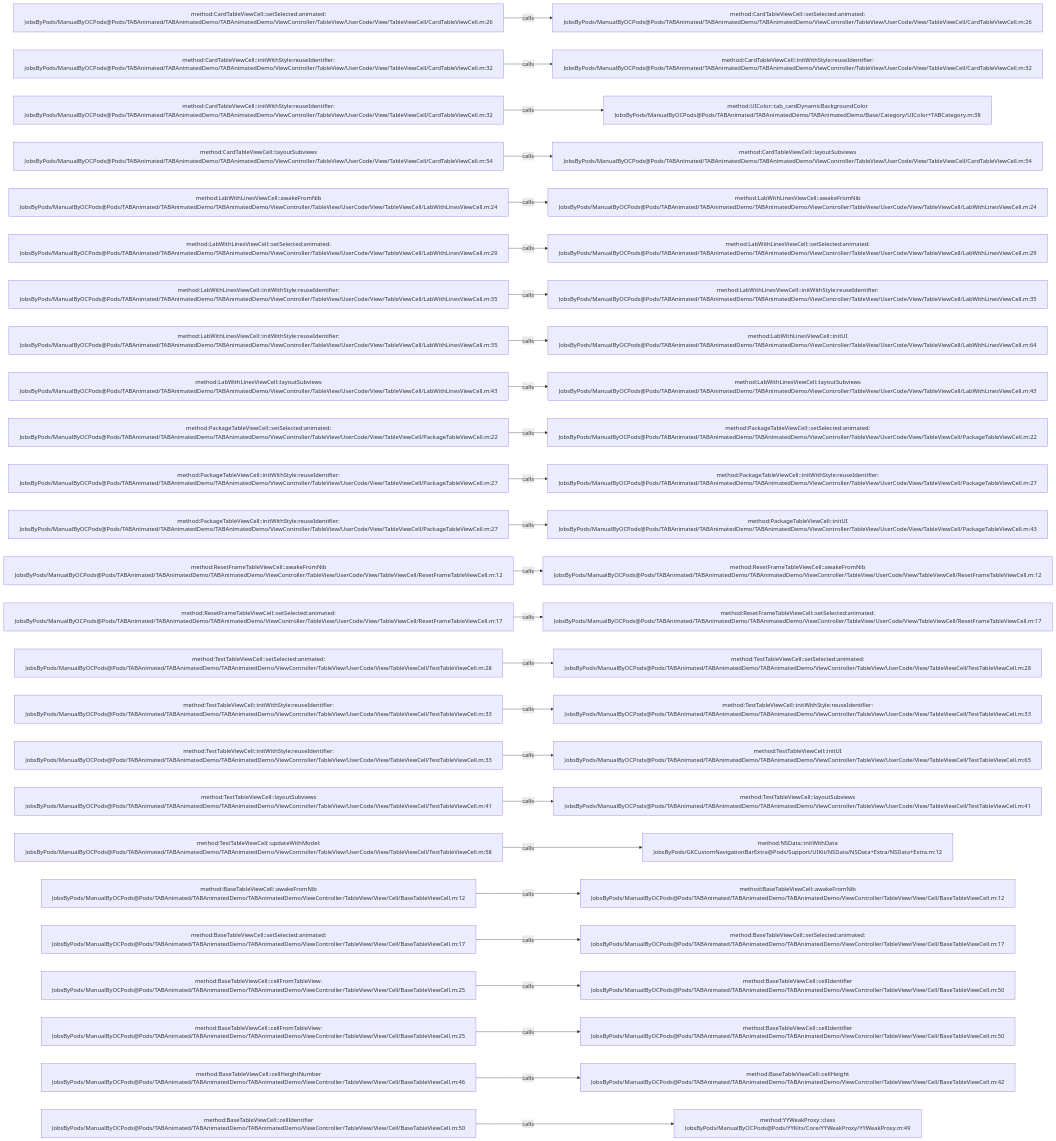
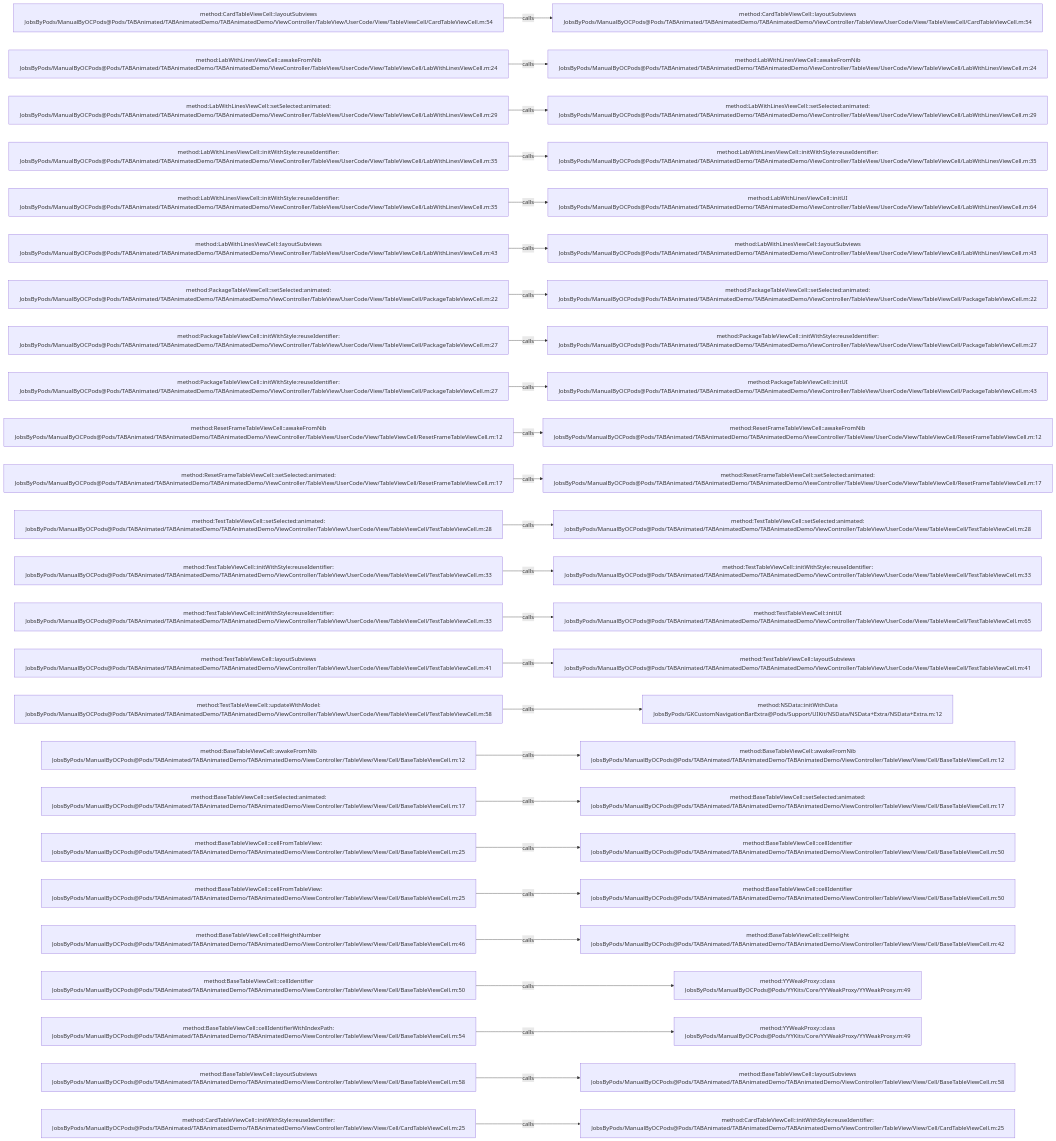
Before and after one commit to JobsKits/JobsOCBaseConfigDemo: the diagram in .codegraph/codegraph.md/graphs/calls-068.md, drawn with Mermaid. The commit also changed 342 other files, not shown here.

````diff
--- a/.codegraph/codegraph.md/graphs/calls-068.md
+++ b/.codegraph/codegraph.md/graphs/calls-068.md
@@ -13,78 +13,78 @@
 ```mermaid
 flowchart LR
-  S1["method:CardTableViewCell::setSelected:animated:<br/>JobsByPods/ManualByOCPods@Pods/TABAnimated/TABAnimatedDemo/TABAnimatedDemo/ViewController/TableView/UserCode/View/TableViewCell/CardTableViewCell.m:26"]
-  T1["method:CardTableViewCell::setSelected:animated:<br/>JobsByPods/ManualByOCPods@Pods/TABAnimated/TABAnimatedDemo/TABAnimatedDemo/ViewController/TableView/UserCode/View/TableViewCell/CardTableViewCell.m:26"]
+  S1["method:CardTableViewCell::layoutSubviews<br/>JobsByPods/ManualByOCPods@Pods/TABAnimated/TABAnimatedDemo/TABAnimatedDemo/ViewController/TableView/UserCode/View/TableViewCell/CardTableViewCell.m:54"]
+  T1["method:CardTableViewCell::layoutSubviews<br/>JobsByPods/ManualByOCPods@Pods/TABAnimated/TABAnimatedDemo/TABAnimatedDemo/ViewController/TableView/UserCode/View/TableViewCell/CardTableViewCell.m:54"]
   S1 -->|calls| T1
-  S2["method:CardTableViewCell::initWithStyle:reuseIdentifier:<br/>JobsByPods/ManualByOCPods@Pods/TABAnimated/TABAnimatedDemo/TABAnimatedDemo/ViewController/TableView/UserCode/View/TableViewCell/CardTableViewCell.m:32"]
-  T2["method:CardTableViewCell::initWithStyle:reuseIdentifier:<br/>JobsByPods/ManualByOCPods@Pods/TABAnimated/TABAnimatedDemo/TABAnimatedDemo/ViewController/TableView/UserCode/View/TableViewCell/CardTableViewCell.m:32"]
+  S2["method:LabWithLinesViewCell::awakeFromNib<br/>JobsByPods/ManualByOCPods@Pods/TABAnimated/TABAnimatedDemo/TABAnimatedDemo/ViewController/TableView/UserCode/View/TableViewCell/LabWithLinesViewCell.m:24"]
+  T2["method:LabWithLinesViewCell::awakeFromNib<br/>JobsByPods/ManualByOCPods@Pods/TABAnimated/TABAnimatedDemo/TABAnimatedDemo/ViewController/TableView/UserCode/View/TableViewCell/LabWithLinesViewCell.m:24"]
   S2 -->|calls| T2
-  S3["method:CardTableViewCell::initWithStyle:reuseIdentifier:<br/>JobsByPods/ManualByOCPods@Pods/TABAnimated/TABAnimatedDemo/TABAnimatedDemo/ViewController/TableView/UserCode/View/TableViewCell/CardTableViewCell.m:32"]
-  T3["method:UIColor::tab_cardDynamicBackgroundColor<br/>JobsByPods/ManualByOCPods@Pods/TABAnimated/TABAnimatedDemo/TABAnimatedDemo/Base/Category/UIColor+TABCategory.m:38"]
+  S3["method:LabWithLinesViewCell::setSelected:animated:<br/>JobsByPods/ManualByOCPods@Pods/TABAnimated/TABAnimatedDemo/TABAnimatedDemo/ViewController/TableView/UserCode/View/TableViewCell/LabWithLinesViewCell.m:29"]
+  T3["method:LabWithLinesViewCell::setSelected:animated:<br/>JobsByPods/ManualByOCPods@Pods/TABAnimated/TABAnimatedDemo/TABAnimatedDemo/ViewController/TableView/UserCode/View/TableViewCell/LabWithLinesViewCell.m:29"]
   S3 -->|calls| T3
-  S4["method:CardTableViewCell::layoutSubviews<br/>JobsByPods/ManualByOCPods@Pods/TABAnimated/TABAnimatedDemo/TABAnimatedDemo/ViewController/TableView/UserCode/View/TableViewCell/CardTableViewCell.m:54"]
-  T4["method:CardTableViewCell::layoutSubviews<br/>JobsByPods/ManualByOCPods@Pods/TABAnimated/TABAnimatedDemo/TABAnimatedDemo/ViewController/TableView/UserCode/View/TableViewCell/CardTableViewCell.m:54"]
+  S4["method:LabWithLinesViewCell::initWithStyle:reuseIdentifier:<br/>JobsByPods/ManualByOCPods@Pods/TABAnimated/TABAnimatedDemo/TABAnimatedDemo/ViewController/TableView/UserCode/View/TableViewCell/LabWithLinesViewCell.m:35"]
+  T4["method:LabWithLinesViewCell::initWithStyle:reuseIdentifier:<br/>JobsByPods/ManualByOCPods@Pods/TABAnimated/TABAnimatedDemo/TABAnimatedDemo/ViewController/TableView/UserCode/View/TableViewCell/LabWithLinesViewCell.m:35"]
   S4 -->|calls| T4
-  S5["method:LabWithLinesViewCell::awakeFromNib<br/>JobsByPods/ManualByOCPods@Pods/TABAnimated/TABAnimatedDemo/TABAnimatedDemo/ViewController/TableView/UserCode/View/TableViewCell/LabWithLinesViewCell.m:24"]
-  T5["method:LabWithLinesViewCell::awakeFromNib<br/>JobsByPods/ManualByOCPods@Pods/TABAnimated/TABAnimatedDemo/TABAnimatedDemo/ViewController/TableView/UserCode/View/TableViewCell/LabWithLinesViewCell.m:24"]
+  S5["method:LabWithLinesViewCell::initWithStyle:reuseIdentifier:<br/>JobsByPods/ManualByOCPods@Pods/TABAnimated/TABAnimatedDemo/TABAnimatedDemo/ViewController/TableView/UserCode/View/TableViewCell/LabWithLinesViewCell.m:35"]
+  T5["method:LabWithLinesViewCell::initUI<br/>JobsByPods/ManualByOCPods@Pods/TABAnimated/TABAnimatedDemo/TABAnimatedDemo/ViewController/TableView/UserCode/View/TableViewCell/LabWithLinesViewCell.m:64"]
   S5 -->|calls| T5
-  S6["method:LabWithLinesViewCell::setSelected:animated:<br/>JobsByPods/ManualByOCPods@Pods/TABAnimated/TABAnimatedDemo/TABAnimatedDemo/ViewController/TableView/UserCode/View/TableViewCell/LabWithLinesViewCell.m:29"]
-  T6["method:LabWithLinesViewCell::setSelected:animated:<br/>JobsByPods/ManualByOCPods@Pods/TABAnimated/TABAnimatedDemo/TABAnimatedDemo/ViewController/TableView/UserCode/View/TableViewCell/LabWithLinesViewCell.m:29"]
+  S6["method:LabWithLinesViewCell::layoutSubviews<br/>JobsByPods/ManualByOCPods@Pods/TABAnimated/TABAnimatedDemo/TABAnimatedDemo/ViewController/TableView/UserCode/View/TableViewCell/LabWithLinesViewCell.m:43"]
+  T6["method:LabWithLinesViewCell::layoutSubviews<br/>JobsByPods/ManualByOCPods@Pods/TABAnimated/TABAnimatedDemo/TABAnimatedDemo/ViewController/TableView/UserCode/View/TableViewCell/LabWithLinesViewCell.m:43"]
   S6 -->|calls| T6
-  S7["method:LabWithLinesViewCell::initWithStyle:reuseIdentifier:<br/>JobsByPods/ManualByOCPods@Pods/TABAnimated/TABAnimatedDemo/TABAnimatedDemo/ViewController/TableView/UserCode/View/TableViewCell/LabWithLinesViewCell.m:35"]
-  T7["method:LabWithLinesViewCell::initWithStyle:reuseIdentifier:<br/>JobsByPods/ManualByOCPods@Pods/TABAnimated/TABAnimatedDemo/TABAnimatedDemo/ViewController/TableView/UserCode/View/TableViewCell/LabWithLinesViewCell.m:35"]
+  S7["method:PackageTableViewCell::setSelected:animated:<br/>JobsByPods/ManualByOCPods@Pods/TABAnimated/TABAnimatedDemo/TABAnimatedDemo/ViewController/TableView/UserCode/View/TableViewCell/PackageTableViewCell.m:22"]
+  T7["method:PackageTableViewCell::setSelected:animated:<br/>JobsByPods/ManualByOCPods@Pods/TABAnimated/TABAnimatedDemo/TABAnimatedDemo/ViewController/TableView/UserCode/View/TableViewCell/PackageTableViewCell.m:22"]
   S7 -->|calls| T7
-  S8["method:LabWithLinesViewCell::initWithStyle:reuseIdentifier:<br/>JobsByPods/ManualByOCPods@Pods/TABAnimated/TABAnimatedDemo/TABAnimatedDemo/ViewController/TableView/UserCode/View/TableViewCell/LabWithLinesViewCell.m:35"]
-  T8["method:LabWithLinesViewCell::initUI<br/>JobsByPods/ManualByOCPods@Pods/TABAnimated/TABAnimatedDemo/TABAnimatedDemo/ViewController/TableView/UserCode/View/TableViewCell/LabWithLinesViewCell.m:64"]
+  S8["method:PackageTableViewCell::initWithStyle:reuseIdentifier:<br/>JobsByPods/ManualByOCPods@Pods/TABAnimated/TABAnimatedDemo/TABAnimatedDemo/ViewController/TableView/UserCode/View/TableViewCell/PackageTableViewCell.m:27"]
+  T8["method:PackageTableViewCell::initWithStyle:reuseIdentifier:<br/>JobsByPods/ManualByOCPods@Pods/TABAnimated/TABAnimatedDemo/TABAnimatedDemo/ViewController/TableView/UserCode/View/TableViewCell/PackageTableViewCell.m:27"]
   S8 -->|calls| T8
-  S9["method:LabWithLinesViewCell::layoutSubviews<br/>JobsByPods/ManualByOCPods@Pods/TABAnimated/TABAnimatedDemo/TABAnimatedDemo/ViewController/TableView/UserCode/View/TableViewCell/LabWithLinesViewCell.m:43"]
-  T9["method:LabWithLinesViewCell::layoutSubviews<br/>JobsByPods/ManualByOCPods@Pods/TABAnimated/TABAnimatedDemo/TABAnimatedDemo/ViewController/TableView/UserCode/View/TableViewCell/LabWithLinesViewCell.m:43"]
+  S9["method:PackageTableViewCell::initWithStyle:reuseIdentifier:<br/>JobsByPods/ManualByOCPods@Pods/TABAnimated/TABAnimatedDemo/TABAnimatedDemo/ViewController/TableView/UserCode/View/TableViewCell/PackageTableViewCell.m:27"]
+  T9["method:PackageTableViewCell::initUI<br/>JobsByPods/ManualByOCPods@Pods/TABAnimated/TABAnimatedDemo/TABAnimatedDemo/ViewController/TableView/UserCode/View/TableViewCell/PackageTableViewCell.m:43"]
   S9 -->|calls| T9
-  S10["method:PackageTableViewCell::setSelected:animated:<br/>JobsByPods/ManualByOCPods@Pods/TABAnimated/TABAnimatedDemo/TABAnimatedDemo/ViewController/TableView/UserCode/View/TableViewCell/PackageTableViewCell.m:22"]
-  T10["method:PackageTableViewCell::setSelected:animated:<br/>JobsByPods/ManualByOCPods@Pods/TABAnimated/TABAnimatedDemo/TABAnimatedDemo/ViewController/TableView/UserCode/View/TableViewCell/PackageTableViewCell.m:22"]
+  S10["method:ResetFrameTableViewCell::awakeFromNib<br/>JobsByPods/ManualByOCPods@Pods/TABAnimated/TABAnimatedDemo/TABAnimatedDemo/ViewController/TableView/UserCode/View/TableViewCell/ResetFrameTableViewCell.m:12"]
+  T10["method:ResetFrameTableViewCell::awakeFromNib<br/>JobsByPods/ManualByOCPods@Pods/TABAnimated/TABAnimatedDemo/TABAnimatedDemo/ViewController/TableView/UserCode/View/TableViewCell/ResetFrameTableViewCell.m:12"]
   S10 -->|calls| T10
-  S11["method:PackageTableViewCell::initWithStyle:reuseIdentifier:<br/>JobsByPods/ManualByOCPods@Pods/TABAnimated/TABAnimatedDemo/TABAnimatedDemo/ViewController/TableView/UserCode/View/TableViewCell/PackageTableViewCell.m:27"]
-  T11["method:PackageTableViewCell::initWithStyle:reuseIdentifier:<br/>JobsByPods/ManualByOCPods@Pods/TABAnimated/TABAnimatedDemo/TABAnimatedDemo/ViewController/TableView/UserCode/View/TableViewCell/PackageTableViewCell.m:27"]
+  S11["method:ResetFrameTableViewCell::setSelected:animated:<br/>JobsByPods/ManualByOCPods@Pods/TABAnimated/TABAnimatedDemo/TABAnimatedDemo/ViewController/TableView/UserCode/View/TableViewCell/ResetFrameTableViewCell.m:17"]
+  T11["method:ResetFrameTableViewCell::setSelected:animated:<br/>JobsByPods/ManualByOCPods@Pods/TABAnimated/TABAnimatedDemo/TABAnimatedDemo/ViewController/TableView/UserCode/View/TableViewCell/ResetFrameTableViewCell.m:17"]
   S11 -->|calls| T11
-  S12["method:PackageTableViewCell::initWithStyle:reuseIdentifier:<br/>JobsByPods/ManualByOCPods@Pods/TABAnimated/TABAnimatedDemo/TABAnimatedDemo/ViewController/TableView/UserCode/View/TableViewCell/PackageTableViewCell.m:27"]
-  T12["method:PackageTableViewCell::initUI<br/>JobsByPods/ManualByOCPods@Pods/TABAnimated/TABAnimatedDemo/TABAnimatedDemo/ViewController/TableView/UserCode/View/TableViewCell/PackageTableViewCell.m:43"]
+  S12["method:TestTableViewCell::setSelected:animated:<br/>JobsByPods/ManualByOCPods@Pods/TABAnimated/TABAnimatedDemo/TABAnimatedDemo/ViewController/TableView/UserCode/View/TableViewCell/TestTableViewCell.m:28"]
+  T12["method:TestTableViewCell::setSelected:animated:<br/>JobsByPods/ManualByOCPods@Pods/TABAnimated/TABAnimatedDemo/TABAnimatedDemo/ViewController/TableView/UserCode/View/TableViewCell/TestTableViewCell.m:28"]
   S12 -->|calls| T12
-  S13["method:ResetFrameTableViewCell::awakeFromNib<br/>JobsByPods/ManualByOCPods@Pods/TABAnimated/TABAnimatedDemo/TABAnimatedDemo/ViewController/TableView/UserCode/View/TableViewCell/ResetFrameTableViewCell.m:12"]
-  T13["method:ResetFrameTableViewCell::awakeFromNib<br/>JobsByPods/ManualByOCPods@Pods/TABAnimated/TABAnimatedDemo/TABAnimatedDemo/ViewController/TableView/UserCode/View/TableViewCell/ResetFrameTableViewCell.m:12"]
+  S13["method:TestTableViewCell::initWithStyle:reuseIdentifier:<br/>JobsByPods/ManualByOCPods@Pods/TABAnimated/TABAnimatedDemo/TABAnimatedDemo/ViewController/TableView/UserCode/View/TableViewCell/TestTableViewCell.m:33"]
+  T13["method:TestTableViewCell::initWithStyle:reuseIdentifier:<br/>JobsByPods/ManualByOCPods@Pods/TABAnimated/TABAnimatedDemo/TABAnimatedDemo/ViewController/TableView/UserCode/View/TableViewCell/TestTableViewCell.m:33"]
   S13 -->|calls| T13
-  S14["method:ResetFrameTableViewCell::setSelected:animated:<br/>JobsByPods/ManualByOCPods@Pods/TABAnimated/TABAnimatedDemo/TABAnimatedDemo/ViewController/TableView/UserCode/View/TableViewCell/ResetFrameTableViewCell.m:17"]
-  T14["method:ResetFrameTableViewCell::setSelected:animated:<br/>JobsByPods/ManualByOCPods@Pods/TABAnimated/TABAnimatedDemo/TABAnimatedDemo/ViewController/TableView/UserCode/View/TableViewCell/ResetFrameTableViewCell.m:17"]
+  S14["method:TestTableViewCell::initWithStyle:reuseIdentifier:<br/>JobsByPods/ManualByOCPods@Pods/TABAnimated/TABAnimatedDemo/TABAnimatedDemo/ViewController/TableView/UserCode/View/TableViewCell/TestTableViewCell.m:33"]
+  T14["method:TestTableViewCell::initUI<br/>JobsByPods/ManualByOCPods@Pods/TABAnimated/TABAnimatedDemo/TABAnimatedDemo/ViewController/TableView/UserCode/View/TableViewCell/TestTableViewCell.m:65"]
   S14 -->|calls| T14
-  S15["method:TestTableViewCell::setSelected:animated:<br/>JobsByPods/ManualByOCPods@Pods/TABAnimated/TABAnimatedDemo/TABAnimatedDemo/ViewController/TableView/UserCode/View/TableViewCell/TestTableViewCell.m:28"]
-  T15["method:TestTableViewCell::setSelected:animated:<br/>JobsByPods/ManualByOCPods@Pods/TABAnimated/TABAnimatedDemo/TABAnimatedDemo/ViewController/TableView/UserCode/View/TableViewCell/TestTableViewCell.m:28"]
+  S15["method:TestTableViewCell::layoutSubviews<br/>JobsByPods/ManualByOCPods@Pods/TABAnimated/TABAnimatedDemo/TABAnimatedDemo/ViewController/TableView/UserCode/View/TableViewCell/TestTableViewCell.m:41"]
+  T15["method:TestTableViewCell::layoutSubviews<br/>JobsByPods/ManualByOCPods@Pods/TABAnimated/TABAnimatedDemo/TABAnimatedDemo/ViewController/TableView/UserCode/View/TableViewCell/TestTableViewCell.m:41"]
   S15 -->|calls| T15
-  S16["method:TestTableViewCell::initWithStyle:reuseIdentifier:<br/>JobsByPods/ManualByOCPods@Pods/TABAnimated/TABAnimatedDemo/TABAnimatedDemo/ViewController/TableView/UserCode/View/TableViewCell/TestTableViewCell.m:33"]
-  T16["method:TestTableViewCell::initWithStyle:reuseIdentifier:<br/>JobsByPods/ManualByOCPods@Pods/TABAnimated/TABAnimatedDemo/TABAnimatedDemo/ViewController/TableView/UserCode/View/TableViewCell/TestTableViewCell.m:33"]
+  S16["method:TestTableViewCell::updateWithModel:<br/>JobsByPods/ManualByOCPods@Pods/TABAnimated/TABAnimatedDemo/TABAnimatedDemo/ViewController/TableView/UserCode/View/TableViewCell/TestTableViewCell.m:58"]
+  T16["method:NSData::initWithData<br/>JobsByPods/GKCustomNavigationBarExtra@Pods/Support/UIKit/NSData/NSData+Extra/NSData+Extra.m:12"]
   S16 -->|calls| T16
-  S17["method:TestTableViewCell::initWithStyle:reuseIdentifier:<br/>JobsByPods/ManualByOCPods@Pods/TABAnimated/TABAnimatedDemo/TABAnimatedDemo/ViewController/TableView/UserCode/View/TableViewCell/TestTableViewCell.m:33"]
-  T17["method:TestTableViewCell::initUI<br/>JobsByPods/ManualByOCPods@Pods/TABAnimated/TABAnimatedDemo/TABAnimatedDemo/ViewController/TableView/UserCode/View/TableViewCell/TestTableViewCell.m:65"]
+  S17["method:BaseTableViewCell::awakeFromNib<br/>JobsByPods/ManualByOCPods@Pods/TABAnimated/TABAnimatedDemo/TABAnimatedDemo/ViewController/TableView/View/Cell/BaseTableViewCell.m:12"]
+  T17["method:BaseTableViewCell::awakeFromNib<br/>JobsByPods/ManualByOCPods@Pods/TABAnimated/TABAnimatedDemo/TABAnimatedDemo/ViewController/TableView/View/Cell/BaseTableViewCell.m:12"]
   S17 -->|calls| T17
-  S18["method:TestTableViewCell::layoutSubviews<br/>JobsByPods/ManualByOCPods@Pods/TABAnimated/TABAnimatedDemo/TABAnimatedDemo/ViewController/TableView/UserCode/View/TableViewCell/TestTableViewCell.m:41"]
-  T18["method:TestTableViewCell::layoutSubviews<br/>JobsByPods/ManualByOCPods@Pods/TABAnimated/TABAnimatedDemo/TABAnimatedDemo/ViewController/TableView/UserCode/View/TableViewCell/TestTableViewCell.m:41"]
+  S18["method:BaseTableViewCell::setSelected:animated:<br/>JobsByPods/ManualByOCPods@Pods/TABAnimated/TABAnimatedDemo/TABAnimatedDemo/ViewController/TableView/View/Cell/BaseTableViewCell.m:17"]
+  T18["method:BaseTableViewCell::setSelected:animated:<br/>JobsByPods/ManualByOCPods@Pods/TABAnimated/TABAnimatedDemo/TABAnimatedDemo/ViewController/TableView/View/Cell/BaseTableViewCell.m:17"]
   S18 -->|calls| T18
-  S19["method:TestTableViewCell::updateWithModel:<br/>JobsByPods/ManualByOCPods@Pods/TABAnimated/TABAnimatedDemo/TABAnimatedDemo/ViewController/TableView/UserCode/View/TableViewCell/TestTableViewCell.m:58"]
-  T19["method:NSData::initWithData<br/>JobsByPods/GKCustomNavigationBarExtra@Pods/Support/UIKit/NSData/NSData+Extra/NSData+Extra.m:12"]
+  S19["method:BaseTableViewCell::cellFromTableView:<br/>JobsByPods/ManualByOCPods@Pods/TABAnimated/TABAnimatedDemo/TABAnimatedDemo/ViewController/TableView/View/Cell/BaseTableViewCell.m:25"]
+  T19["method:BaseTableViewCell::cellIdentifier<br/>JobsByPods/ManualByOCPods@Pods/TABAnimated/TABAnimatedDemo/TABAnimatedDemo/ViewController/TableView/View/Cell/BaseTableViewCell.m:50"]
   S19 -->|calls| T19
-  S20["method:BaseTableViewCell::awakeFromNib<br/>JobsByPods/ManualByOCPods@Pods/TABAnimated/TABAnimatedDemo/TABAnimatedDemo/ViewController/TableView/View/Cell/BaseTableViewCell.m:12"]
-  T20["method:BaseTableViewCell::awakeFromNib<br/>JobsByPods/ManualByOCPods@Pods/TABAnimated/TABAnimatedDemo/TABAnimatedDemo/ViewController/TableView/View/Cell/BaseTableViewCell.m:12"]
+  S20["method:BaseTableViewCell::cellFromTableView:<br/>JobsByPods/ManualByOCPods@Pods/TABAnimated/TABAnimatedDemo/TABAnimatedDemo/ViewController/TableView/View/Cell/BaseTableViewCell.m:25"]
+  T20["method:BaseTableViewCell::cellIdentifier<br/>JobsByPods/ManualByOCPods@Pods/TABAnimated/TABAnimatedDemo/TABAnimatedDemo/ViewController/TableView/View/Cell/BaseTableViewCell.m:50"]
   S20 -->|calls| T20
-  S21["method:BaseTableViewCell::setSelected:animated:<br/>JobsByPods/ManualByOCPods@Pods/TABAnimated/TABAnimatedDemo/TABAnimatedDemo/ViewController/TableView/View/Cell/BaseTableViewCell.m:17"]
-  T21["method:BaseTableViewCell::setSelected:animated:<br/>JobsByPods/ManualByOCPods@Pods/TABAnimated/TABAnimatedDemo/TABAnimatedDemo/ViewController/TableView/View/Cell/BaseTableViewCell.m:17"]
+  S21["method:BaseTableViewCell::cellHeightNumber<br/>JobsByPods/ManualByOCPods@Pods/TABAnimated/TABAnimatedDemo/TABAnimatedDemo/ViewController/TableView/View/Cell/BaseTableViewCell.m:46"]
+  T21["method:BaseTableViewCell::cellHeight<br/>JobsByPods/ManualByOCPods@Pods/TABAnimated/TABAnimatedDemo/TABAnimatedDemo/ViewController/TableView/View/Cell/BaseTableViewCell.m:42"]
   S21 -->|calls| T21
-  S22["method:BaseTableViewCell::cellFromTableView:<br/>JobsByPods/ManualByOCPods@Pods/TABAnimated/TABAnimatedDemo/TABAnimatedDemo/ViewController/TableView/View/Cell/BaseTableViewCell.m:25"]
-  T22["method:BaseTableViewCell::cellIdentifier<br/>JobsByPods/ManualByOCPods@Pods/TABAnimated/TABAnimatedDemo/TABAnimatedDemo/ViewController/TableView/View/Cell/BaseTableViewCell.m:50"]
+  S22["method:BaseTableViewCell::cellIdentifier<br/>JobsByPods/ManualByOCPods@Pods/TABAnimated/TABAnimatedDemo/TABAnimatedDemo/ViewController/TableView/View/Cell/BaseTableViewCell.m:50"]
+  T22["method:YYWeakProxy::class<br/>JobsByPods/ManualByOCPods@Pods/YYKits/Core/YYWeakProxy/YYWeakProxy.m:49"]
   S22 -->|calls| T22
-  S23["method:BaseTableViewCell::cellFromTableView:<br/>JobsByPods/ManualByOCPods@Pods/TABAnimated/TABAnimatedDemo/TABAnimatedDemo/ViewController/TableView/View/Cell/BaseTableViewCell.m:25"]
-  T23["method:BaseTableViewCell::cellIdentifier<br/>JobsByPods/ManualByOCPods@Pods/TABAnimated/TABAnimatedDemo/TABAnimatedDemo/ViewController/TableView/View/Cell/BaseTableViewCell.m:50"]
+  S23["method:BaseTableViewCell::cellIdentifierWithIndexPath:<br/>JobsByPods/ManualByOCPods@Pods/TABAnimated/TABAnimatedDemo/TABAnimatedDemo/ViewController/TableView/View/Cell/BaseTableViewCell.m:54"]
+  T23["method:YYWeakProxy::class<br/>JobsByPods/ManualByOCPods@Pods/YYKits/Core/YYWeakProxy/YYWeakProxy.m:49"]
   S23 -->|calls| T23
-  S24["method:BaseTableViewCell::cellHeightNumber<br/>JobsByPods/ManualByOCPods@Pods/TABAnimated/TABAnimatedDemo/TABAnimatedDemo/ViewController/TableView/View/Cell/BaseTableViewCell.m:46"]
-  T24["method:BaseTableViewCell::cellHeight<br/>JobsByPods/ManualByOCPods@Pods/TABAnimated/TABAnimatedDemo/TABAnimatedDemo/ViewController/TableView/View/Cell/BaseTableViewCell.m:42"]
+  S24["method:BaseTableViewCell::layoutSubviews<br/>JobsByPods/ManualByOCPods@Pods/TABAnimated/TABAnimatedDemo/TABAnimatedDemo/ViewController/TableView/View/Cell/BaseTableViewCell.m:58"]
+  T24["method:BaseTableViewCell::layoutSubviews<br/>JobsByPods/ManualByOCPods@Pods/TABAnimated/TABAnimatedDemo/TABAnimatedDemo/ViewController/TableView/View/Cell/BaseTableViewCell.m:58"]
   S24 -->|calls| T24
-  S25["method:BaseTableViewCell::cellIdentifier<br/>JobsByPods/ManualByOCPods@Pods/TABAnimated/TABAnimatedDemo/TABAnimatedDemo/ViewController/TableView/View/Cell/BaseTableViewCell.m:50"]
-  T25["method:YYWeakProxy::class<br/>JobsByPods/ManualByOCPods@Pods/YYKits/Core/YYWeakProxy/YYWeakProxy.m:49"]
+  S25["method:CardTableViewCell::initWithStyle:reuseIdentifier:<br/>JobsByPods/ManualByOCPods@Pods/TABAnimated/TABAnimatedDemo/TABAnimatedDemo/ViewController/TableView/View/Cell/CardTableViewCell.m:25"]
+  T25["method:CardTableViewCell::initWithStyle:reuseIdentifier:<br/>JobsByPods/ManualByOCPods@Pods/TABAnimated/TABAnimatedDemo/TABAnimatedDemo/ViewController/TableView/View/Cell/CardTableViewCell.m:25"]
   S25 -->|calls| T25
 ```
````
